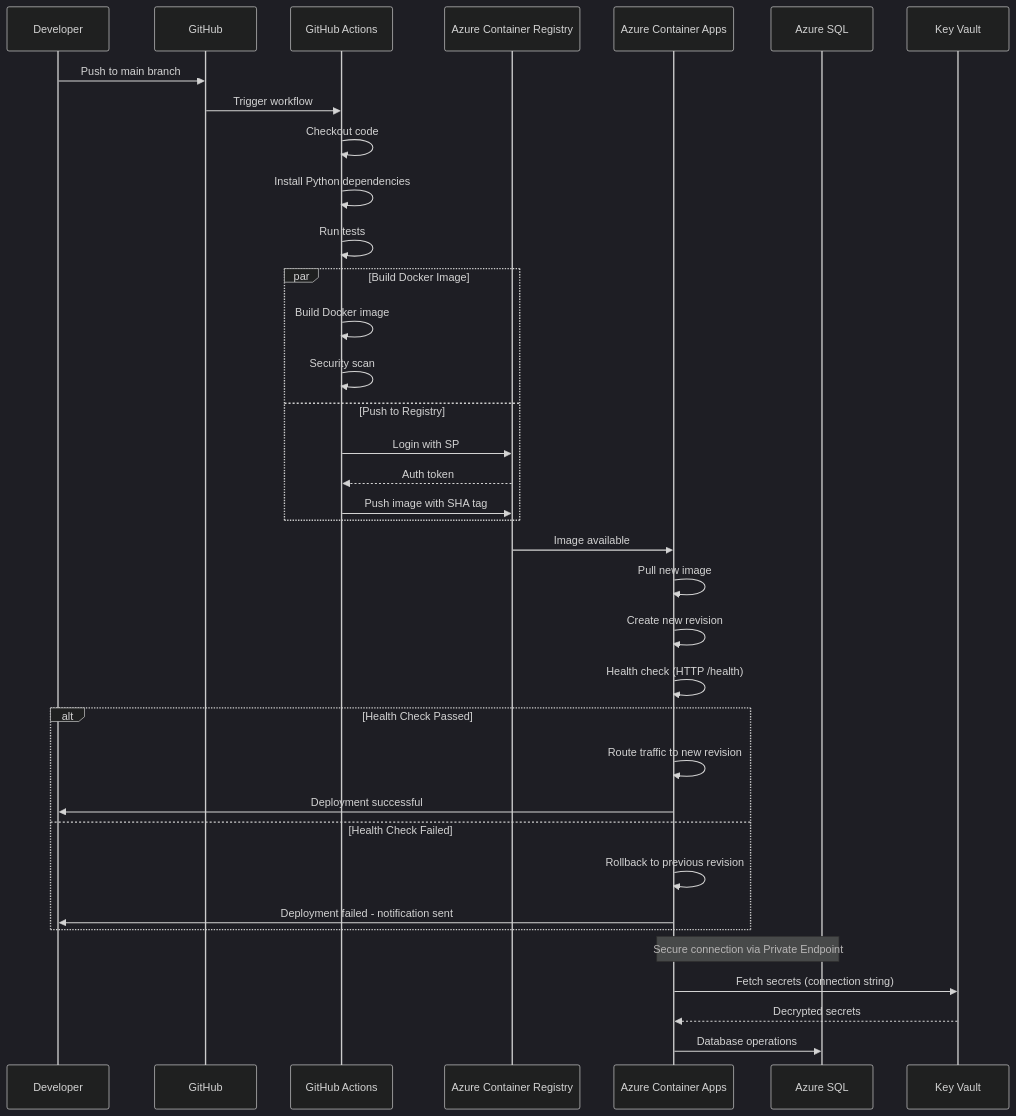
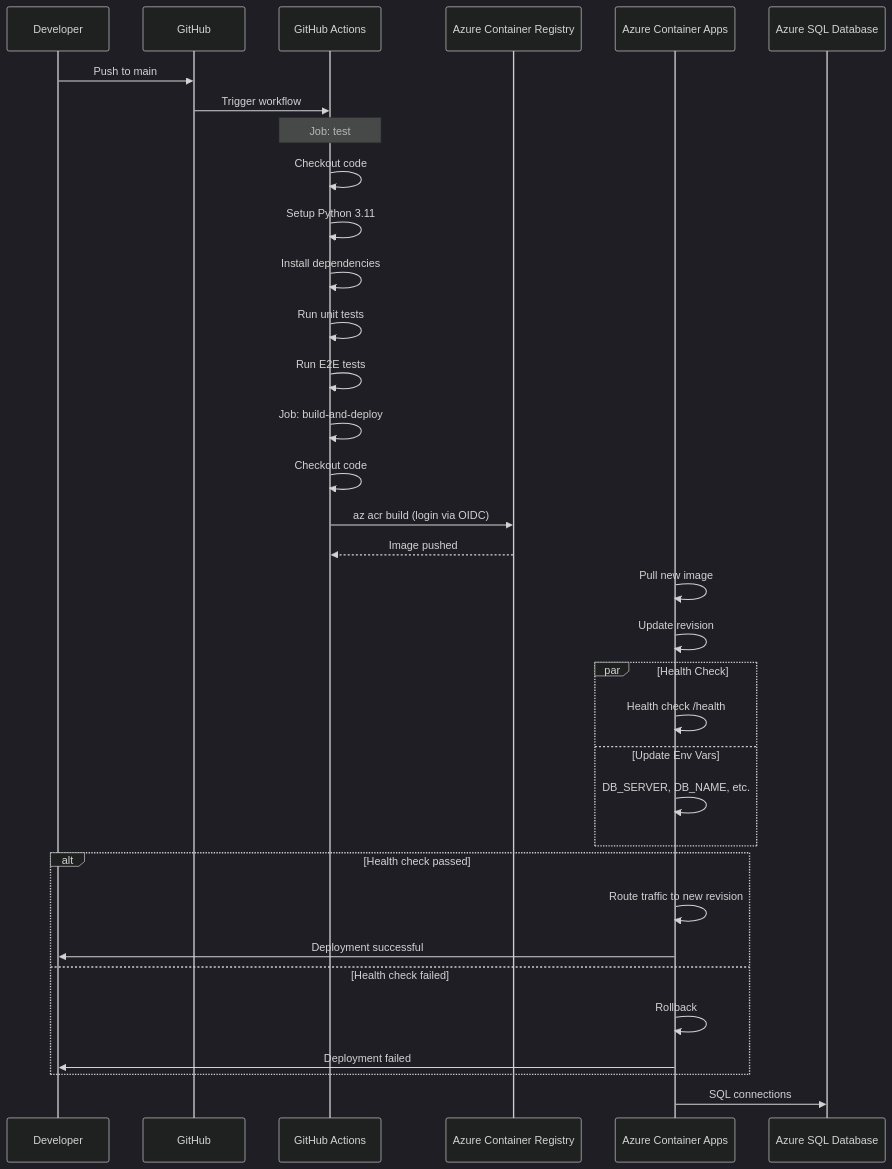
One commit to mela-malen/hello-cicd changed the third of 9 diagrams in docs/diagrams.md. Above: the diagram before and after it, drawn with Mermaid (dark theme). The commit also changed other lines of this file and 3 other files, not shown here.

First line of the commit message:
docs: update infrastructure diagrams with real Azure resources

````diff
--- a/docs/diagrams.md
+++ b/docs/diagrams.md
@@ -148,43 +126,43 @@
 ```mermaid
 sequenceDiagram
     participant Dev as Developer
     participant GH as GitHub
     participant GHA as GitHub Actions
     participant ACR as Azure Container Registry
     participant ACA as Azure Container Apps
-    participant DB as Azure SQL
-    participant KV as Key Vault
+    participant DB as Azure SQL Database
 
-    Dev->>GH: Push to main branch
+    Dev->>GH: Push to main
     GH->>GHA: Trigger workflow
+
+    Note over GHA: Job: test
     GHA->>GHA: Checkout code
-    GHA->>GHA: Install Python dependencies
-    GHA->>GHA: Run tests
+    GHA->>GHA: Setup Python 3.11
+    GHA->>GHA: Install dependencies
+    GHA->>GHA: Run unit tests
+    GHA->>GHA: Run E2E tests
 
-    par Build Docker Image
-        GHA->>GHA: Build Docker image
-        GHA->>GHA: Security scan
-    and Push to Registry
-        GHA->>ACR: Login with SP
-        ACR-->>GHA: Auth token
-        GHA->>ACR: Push image with SHA tag
+    GHA->>GHA: Job: build-and-deploy
+    GHA->>GHA: Checkout code
+    GHA->>ACR: az acr build (login via OIDC)
+    ACR-->>GHA: Image pushed
+
+    ACA->>ACA: Pull new image
+    ACA->>ACA: Update revision
+
+    par Health Check
+        ACA->>ACA: Health check /health
+    and Update Env Vars
+        ACA->>ACA: DB_SERVER, DB_NAME, etc.
     end
 
-    ACR->>ACA: Image available
-    ACA->>ACA: Pull new image
-    ACA->>ACA: Create new revision
-    ACA->>ACA: Health check (HTTP /health)
-    
-    alt Health Check Passed
+    alt Health check passed
         ACA->>ACA: Route traffic to new revision
         ACA->>Dev: Deployment successful
-    else Health Check Failed
-        ACA->>ACA: Rollback to previous revision
-        ACA->>Dev: Deployment failed - notification sent
+    else Health check failed
+        ACA->>ACA: Rollback
+        ACA->>Dev: Deployment failed
     end
 
-    Note over ACA,DB: Secure connection via Private Endpoint
-    ACA->>KV: Fetch secrets (connection string)
-    KV-->>ACA: Decrypted secrets
-    ACA->>DB: Database operations
+    ACA->>DB: SQL connections
 ```
````
